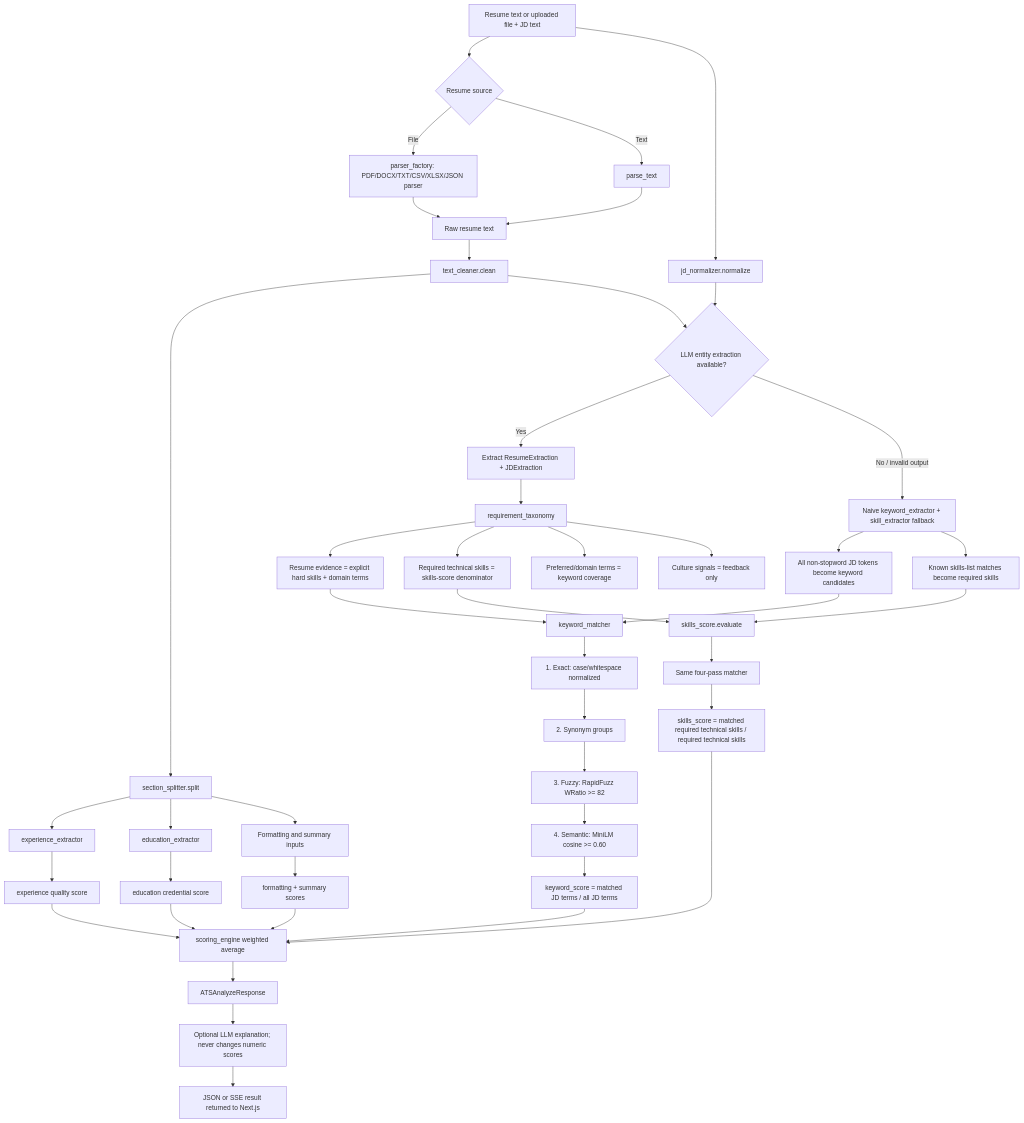
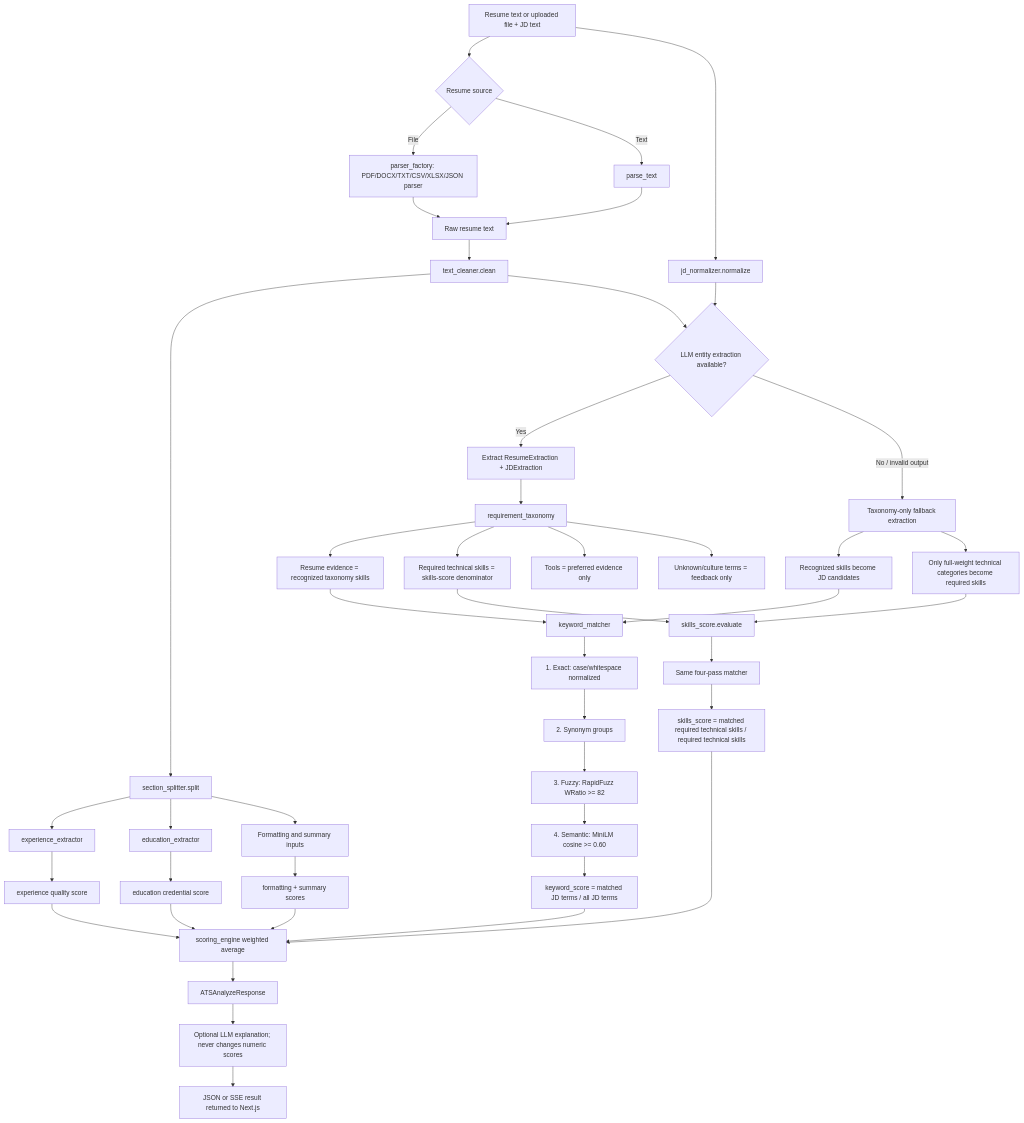
One commit to abhitsahu/jobpatra_AI changed the second of 2 diagrams in docs/ATS_SCORING_ARCHITECTURE_AND_AUDIT.md. Above: the diagram before and after it, drawn with Mermaid. The commit also changed other lines of this file and 27 other files, not shown here.

````diff
--- a/docs/ATS_SCORING_ARCHITECTURE_AND_AUDIT.md
+++ b/docs/ATS_SCORING_ARCHITECTURE_AND_AUDIT.md
@@ -54,55 +54,55 @@
 ```mermaid
 flowchart TD
     A[Resume text or uploaded file + JD text] --> B{Resume source}
     B -->|File| C[parser_factory: PDF/DOCX/TXT/CSV/XLSX/JSON parser]
     B -->|Text| D[parse_text]
     C --> E[Raw resume text]
     D --> E
 
     E --> F[text_cleaner.clean]
     A --> G[jd_normalizer.normalize]
     F --> H[section_splitter.split]
     F --> I{LLM entity extraction available?}
     G --> I
 
     I -->|Yes| J[Extract ResumeExtraction + JDExtraction]
     J --> K[requirement_taxonomy]
-    K --> K1[Resume evidence = explicit hard skills + domain terms]
+    K --> K1[Resume evidence = recognized taxonomy skills]
     K --> K2[Required technical skills = skills-score denominator]
-    K --> K3[Preferred/domain terms = keyword coverage]
-    K --> K4[Culture signals = feedback only]
+    K --> K3[Tools = preferred evidence only]
+    K --> K4[Unknown/culture terms = feedback only]
 
-    I -->|No / invalid output| L[Naive keyword_extractor + skill_extractor fallback]
-    L --> M[All non-stopword JD tokens become keyword candidates]
-    L --> N[Known skills-list matches become required skills]
+    I -->|No / invalid output| L[Taxonomy-only fallback extraction]
+    L --> M[Recognized skills become JD candidates]
+    L --> N[Only full-weight technical categories become required skills]
 
     H --> O[experience_extractor]
     H --> P[education_extractor]
     H --> Q[Formatting and summary inputs]
 
     K1 --> R[keyword_matcher]
     K2 --> S[skills_score.evaluate]
     M --> R
     N --> S
 
     R --> R1[1. Exact: case/whitespace normalized]
     R1 --> R2[2. Synonym groups]
     R2 --> R3[3. Fuzzy: RapidFuzz WRatio >= 82]
     R3 --> R4[4. Semantic: MiniLM cosine >= 0.60]
     S --> S1[Same four-pass matcher]
 
     R4 --> T[keyword_score = matched JD terms / all JD terms]
     S1 --> U[skills_score = matched required technical skills / required technical skills]
     O --> V[experience quality score]
     P --> W[education credential score]
     Q --> X[formatting + summary scores]
 
     T --> Y[scoring_engine weighted average]
     U --> Y
     V --> Y
     W --> Y
     X --> Y
     Y --> Z[ATSAnalyzeResponse]
     Z --> AA[Optional LLM explanation; never changes numeric scores]
     AA --> AB[JSON or SSE result returned to Next.js]
 ```
````
